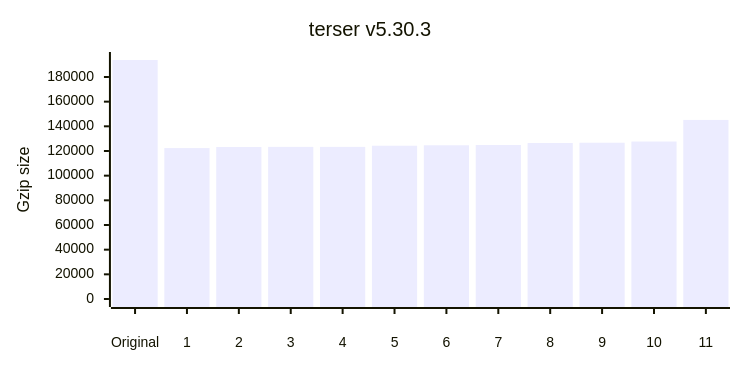
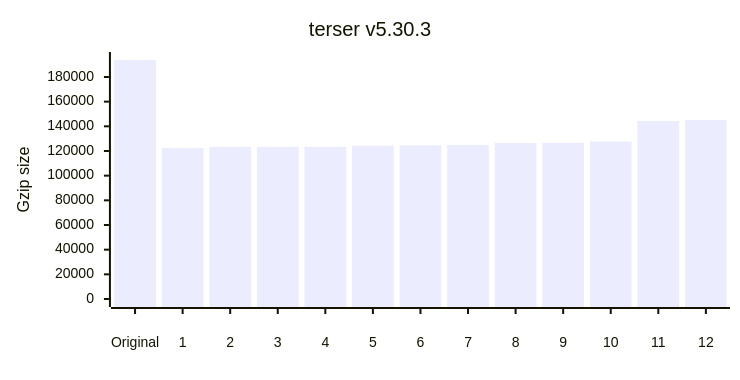
Before and after one commit to privatenumber/minification-benchmarks: the seventh of 12 diagrams in README.md, drawn with Mermaid. The commit also changed other lines of this file and 1 other file, not shown here.

````diff
--- a/README.md
+++ b/README.md
@@ -317,17 +324,17 @@
 ```mermaid
 ---
 config:
     xyChart:
         width: 720
         height: 360
         xAxis:
             labelPadding: 20
         yAxis:
             labelPadding: 10
 ---
 xychart-beta
 	title "terser v5.30.3"
-	x-axis ["Original",1,2,3,4,5,6,7,8,9,10,11]
+	x-axis ["Original",1,2,3,4,5,6,7,8,9,10,11,12]
 	y-axis "Gzip size" 0 --> 193763
-	bar [193763,122368,123258,123334,123346,124253,124609,124885,126454,126707,127653,145178]
+	bar [193763,122368,123258,123334,123346,124253,124609,124885,126454,126707,127653,144303,145178]
 ```
````
